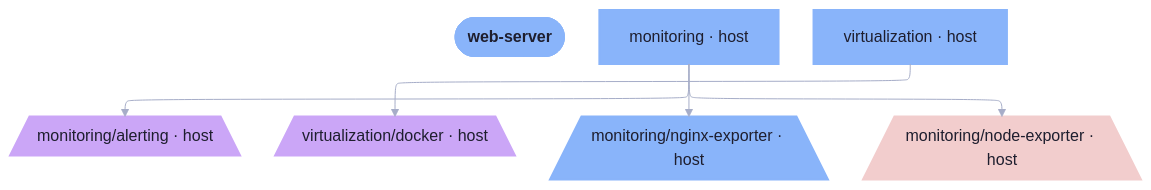
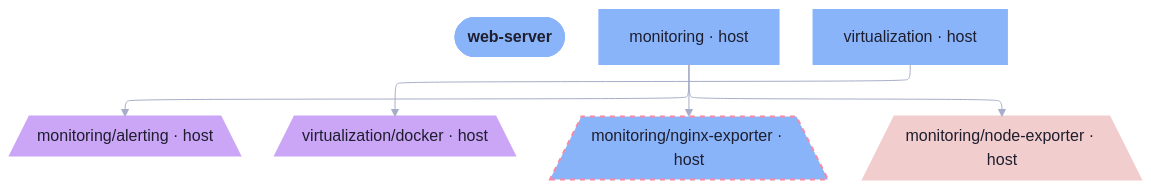
Before and after one commit to sini/den: the diagram in templates/diag-fx-demo/diagrams/web-server-providers.md, drawn with Mermaid. The commit also changed 526 other files, not shown here.

Commit message:
chore: update fx diagrams

````diff
--- a/templates/diag-fx-demo/diagrams/web-server-providers.md
+++ b/templates/diag-fx-demo/diagrams/web-server-providers.md
@@ -5,24 +5,24 @@
 ```mermaid
 %%{init: {"elk":{"mergeEdges":true,"nodePlacementStrategy":"BRANDES_KOEPF"},"layout":"elk","theme":"base","themeVariables":{"activationBkgColor":"#313244","activationBorderColor":"#6c7086","actorBkg":"#313244","actorBorder":"#a6adc8","actorLineColor":"#a6adc8","actorTextColor":"#cdd6f4","background":"#1e1e2e","classText":"#cdd6f4","clusterBkg":"#313244","clusterBorder":"#6c7086","edgeLabelBackground":"#1e1e2e","labelBoxBkgColor":"#313244","labelBoxBorderColor":"#a6adc8","labelTextColor":"#cdd6f4","lineColor":"#a6adc8","loopTextColor":"#cdd6f4","mainBkg":"#313244","nodeBkg":"#313244","nodeBorder":"#a6adc8","nodeTextColor":"#cdd6f4","noteBkgColor":"#313244","noteBorderColor":"#6c7086","noteTextColor":"#cdd6f4","pie1":"#f38ba8","pie2":"#fab387","pie3":"#f9e2af","pie4":"#a6e3a1","pie5":"#94e2d5","pie6":"#89b4fa","pie7":"#cba6f7","pie8":"#f2cdcd","pieLegendTextColor":"#cdd6f4","pieOuterStrokeColor":"#6c7086","pieSectionTextColor":"#cdd6f4","pieStrokeColor":"#6c7086","pieTitleTextColor":"#cdd6f4","primaryBorderColor":"#a6adc8","primaryColor":"#313244","primaryTextColor":"#cdd6f4","secondBkg":"#313244","secondaryBorderColor":"#6c7086","secondaryColor":"#313244","secondaryTextColor":"#cdd6f4","sequenceNumberColor":"#1e1e2e","signalColor":"#a6adc8","signalTextColor":"#cdd6f4","tertiaryBorderColor":"#6c7086","tertiaryColor":"#313244","tertiaryTextColor":"#cdd6f4","textColor":"#cdd6f4","titleColor":"#cdd6f4"}}}%%
 graph TD
   web_server([web-server]):::root
   monitoring__alerting[/"monitoring/alerting · host"\]:::monitoring__alerting_c
   virtualization__docker[/"virtualization/docker · host"\]:::virtualization__docker_c
   monitoring["monitoring · host"]:::monitoring_c
   monitoring__nginx_exporter[/"monitoring/nginx-exporter · host"\]:::monitoring__nginx_exporter_c
   monitoring__node_exporter[/"monitoring/node-exporter · host"\]:::monitoring__node_exporter_c
   virtualization["virtualization · host"]:::virtualization_c
 
   monitoring --> monitoring__alerting
   virtualization --> virtualization__docker
   monitoring --> monitoring__nginx_exporter
   monitoring --> monitoring__node_exporter
 
   classDef root fill:#89b4fa,stroke:#89b4fa,color:#1e1e2e,font-weight:bold
   classDef monitoring__alerting_c fill:#cba6f7,stroke:#cba6f7,color:#1e1e2e,stroke-width:2px
   classDef virtualization__docker_c fill:#cba6f7,stroke:#cba6f7,color:#1e1e2e,stroke-width:2px
   classDef monitoring_c fill:#89b4fa,stroke:#89b4fa,color:#1e1e2e,stroke-width:2px
-  classDef monitoring__nginx_exporter_c fill:#89b4fa,stroke:#89b4fa,color:#1e1e2e,stroke-width:2px
+  classDef monitoring__nginx_exporter_c fill:#89b4fa,stroke:#f38ba8,color:#1e1e2e,stroke-dasharray: 5 5,stroke-width:2px
   classDef monitoring__node_exporter_c fill:#f2cdcd,stroke:#f2cdcd,color:#1e1e2e,stroke-width:2px
   classDef virtualization_c fill:#89b4fa,stroke:#89b4fa,color:#1e1e2e,stroke-width:2px
 ```
````
